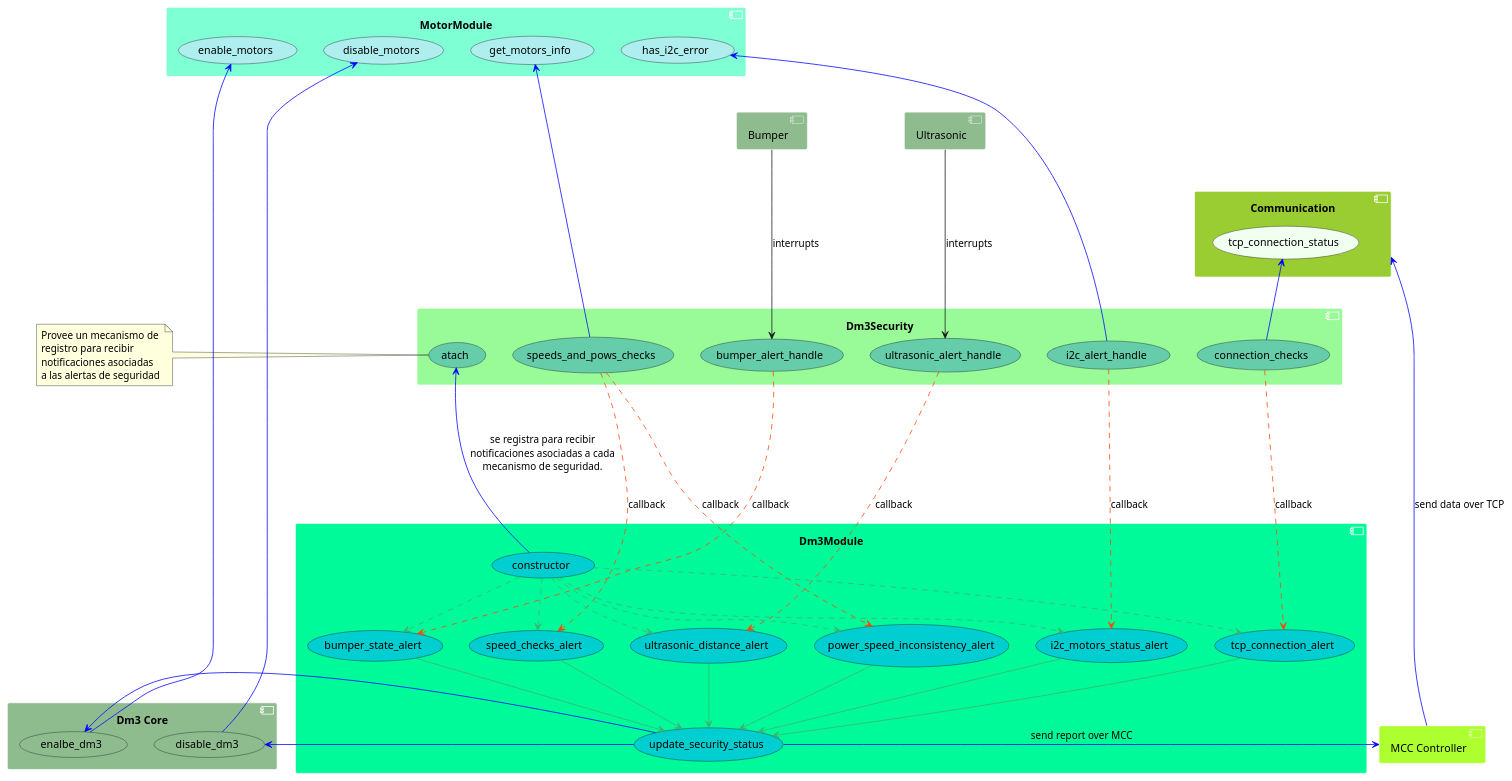
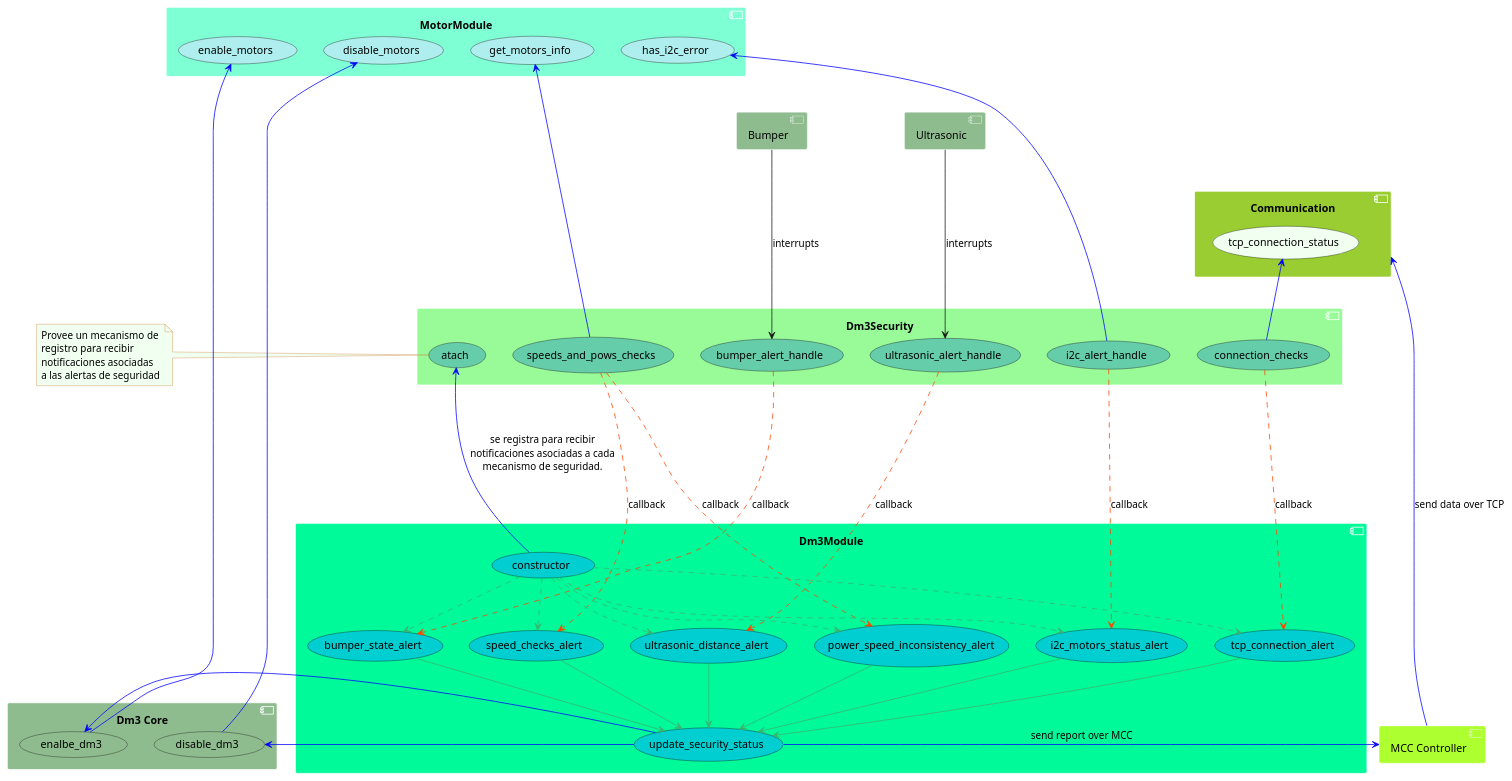
Before and after one commit to gonzalopelos/proygrado: the diagram in Diagrams/DM3Security_devices_communication.wsd, drawn with PlantUML. The commit also changed other lines of this file and 20 other files, not shown here.

Commit message:
desarrollo de diagramas para la documentación.

```diff
--- a/Diagrams/DM3Security_devices_communication.wsd
+++ b/Diagrams/DM3Security_devices_communication.wsd
@@ -1,84 +1,89 @@
-@startuml Diagrama de subsistema Dm3Security
+@startuml Diagrama_de_subsistema_Dm3Security
 
 
 skinparam componentBorderColor White
+skinparam note {
+    BackgroundColor HoneyDew
+    FontName Verdana
+    BorderColor Peru
+}
 
 component Dm3Security#PaleGreen{
     (speeds_and_pows_checks) as spwc #MediumAquaMarine
     (connection_checks) as cc #MediumAquaMarine
     (ultrasonic_alert_handle) as uah #MediumAquaMarine
     (bumper_alert_handle) as bah #MediumAquaMarine
     (i2c_alert_handle) as i2cah #MediumAquaMarine
     (atach) as atach #MediumAquaMarine
 }
 
 note left of atach
   Provee un mecanismo de 
   registro para recibir
   notificaciones asociadas
   a las alertas de seguridad
 end note
 component MotorModule#Aquamarine{
     (get_motors_info) as gmi #PaleTurquoise
     (has_i2c_error) as i2ce #PaleTurquoise
     (disable_motors) as disableMotors #PaleTurquoise
     (enable_motors) as enableMotors #PaleTurquoise
 }
 
 component Dm3Module#MediumSpringGreen{
     (bumper_state_alert) as dm3m_bsa #DarkTurquoise
     (ultrasonic_distance_alert) as dm3m_uda #DarkTurquoise
     (tcp_connection_alert) as dm3m_tca #DarkTurquoise
     (speed_checks_alert) as dm3m_spca #DarkTurquoise
     (power_speed_inconsistency_alert) as dm3m_psia #DarkTurquoise
     (i2c_motors_status_alert) as dm3m_imsa #DarkTurquoise
     (constructor) as dm3m_ctor #DarkTurquoise
     (update_security_status) as dm3m_uss #DarkTurquoise
 }
 
 component Bumper#DarkSeaGreen
 component Ultrasonic#DarkSeaGreen
 component Communication#YellowGreen{
     (tcp_connection_status)#HoneyDew
 }
 component "MCC Controller" as MCC #GreenYellow
 component "Dm3 Core" as DM3Core#DarkSeaGreen {
     (disable_dm3) as dm3c_disable #DarkSeaGreen
     (enalbe_dm3) as dm3c_enable #DarkSeaGreen
 }
 
 spwc --up--> gmi#Blue
 i2cah -up-> i2ce#Blue
 
 spwc ....> dm3m_spca#OrangeRed : callback
 spwc ....> dm3m_psia#OrangeRed : callback
 cc ...> dm3m_tca#OrangeRed : callback
 i2cah ..down..> dm3m_imsa#OrangeRed : callback
 uah ..> dm3m_uda#OrangeRed : callback
 bah ...> dm3m_bsa#OrangeRed : callback
 dm3m_ctor --> atach#Blue : se registra para recibir\nnotificaciones asociadas a cada\nmecanismo de seguridad.
 dm3m_ctor ..> dm3m_bsa #MediumSeaGreen
 dm3m_ctor ..> dm3m_imsa #MediumSeaGreen
 dm3m_ctor ..> dm3m_psia #MediumSeaGreen
 dm3m_ctor ..> dm3m_spca #MediumSeaGreen
 dm3m_ctor ..> dm3m_tca #MediumSeaGreen
 dm3m_ctor ..> dm3m_uda #MediumSeaGreen
 dm3m_bsa -down-> dm3m_uss  #MediumSeaGreen
 dm3m_imsa -down-> dm3m_uss  #MediumSeaGreen
 dm3m_psia -down-> dm3m_uss  #MediumSeaGreen
 dm3m_spca -down-> dm3m_uss  #MediumSeaGreen
 dm3m_tca -down-> dm3m_uss  #MediumSeaGreen
 dm3m_uda -down-> dm3m_uss  #MediumSeaGreen
 Ultrasonic ---> uah: interrupts
 Bumper ---> bah: interrupts
 cc -up-> tcp_connection_status#Blue
 
 dm3m_uss ---right---> MCC#blue : send report over MCC
 MCC ---up---> Communication#blue : send data over TCP
 dm3m_uss -left-> dm3c_enable#blue
 dm3m_uss -left-> dm3c_disable#blue
 
 dm3c_enable -left-> enableMotors#blue
 dm3c_disable -left-> disableMotors#blue
 
 @enduml
```
